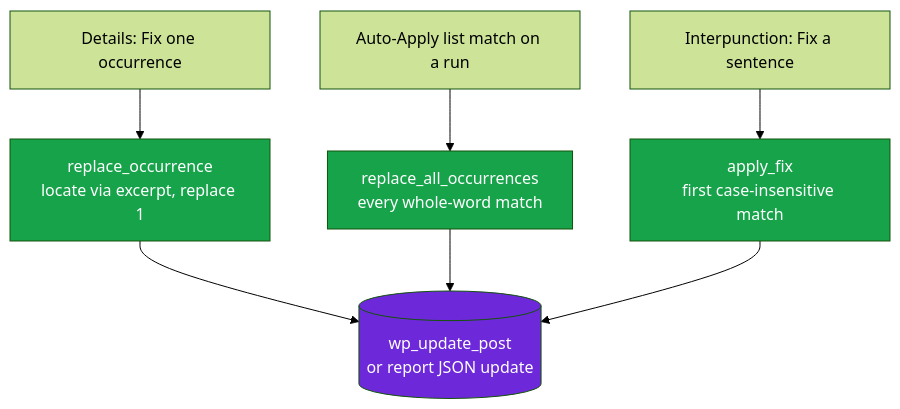
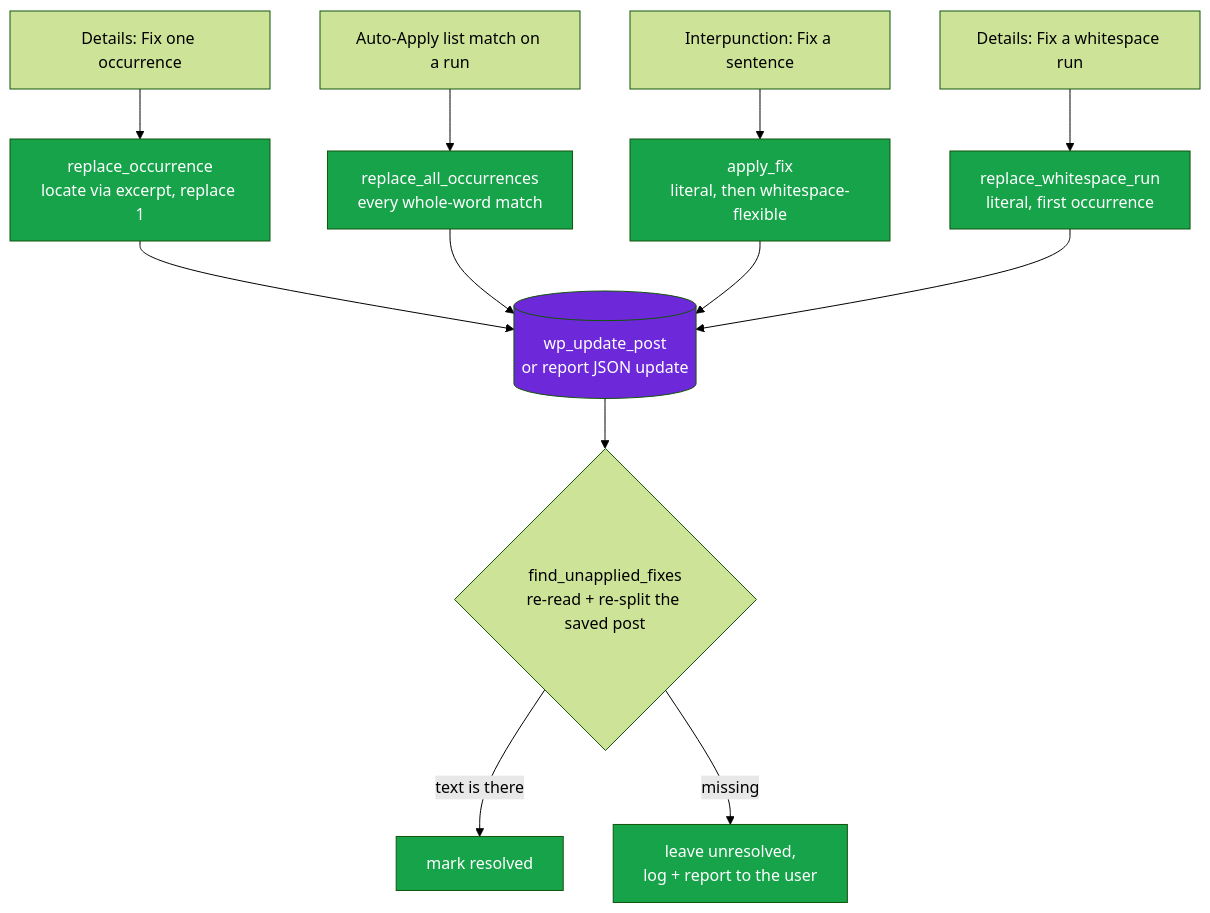
The second of 6 diagrams in README.md (lauzis/splecheh), drawn with Mermaid (forest theme) before and after one commit. The commit also changed other lines of this file and 20 other files, not shown here.

````diff
--- a/README.md
+++ b/README.md
@@ -49,14 +50,19 @@
 ```mermaid
 flowchart TD
     F1[Details: Fix one occurrence] --> R1[replace_occurrence<br/>locate via excerpt, replace 1]
     F2[Auto-Apply list match on a run] --> R2[replace_all_occurrences<br/>every whole-word match]
-    F3[Interpunction: Fix a sentence] --> R3[apply_fix<br/>first case-insensitive match]
+    F3[Interpunction: Fix a sentence] --> R3[apply_fix<br/>literal, then whitespace-flexible]
+    F4[Details: Fix a whitespace run] --> R4[replace_whitespace_run<br/>literal, first occurrence]
     R1 --> WP[(wp_update_post<br/>or report JSON update)]
     R2 --> WP
     R3 --> WP
+    R4 --> WP
+    WP --> V{find_unapplied_fixes<br/>re-read + re-split the saved post}
+    V -->|text is there| DONE[mark resolved]
+    V -->|missing| OPEN[leave unresolved,<br/>log + report to the user]
 
     classDef store fill:#6d28d9,color:#fff
     classDef act fill:#16a34a,color:#fff
     class WP store
-    class R1,R2,R3 act
+    class R1,R2,R3,R4,DONE,OPEN act
 ```
````
